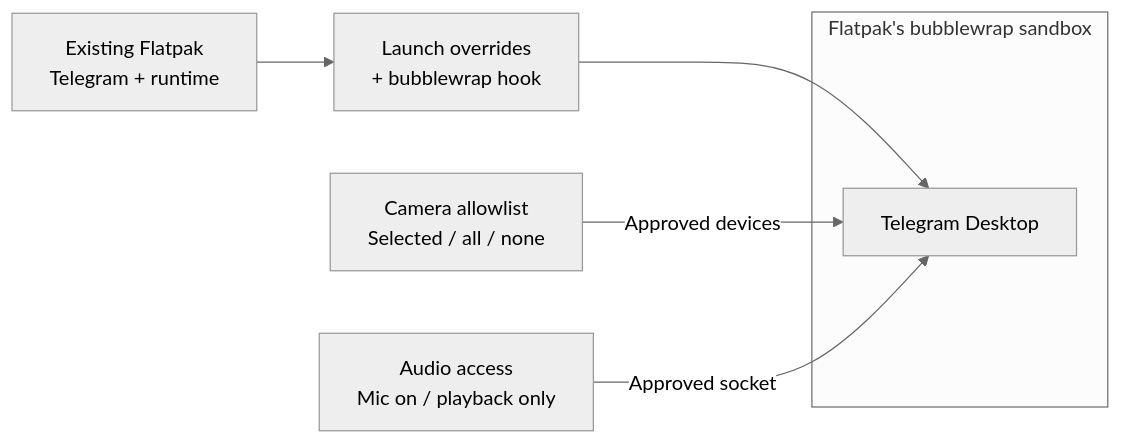
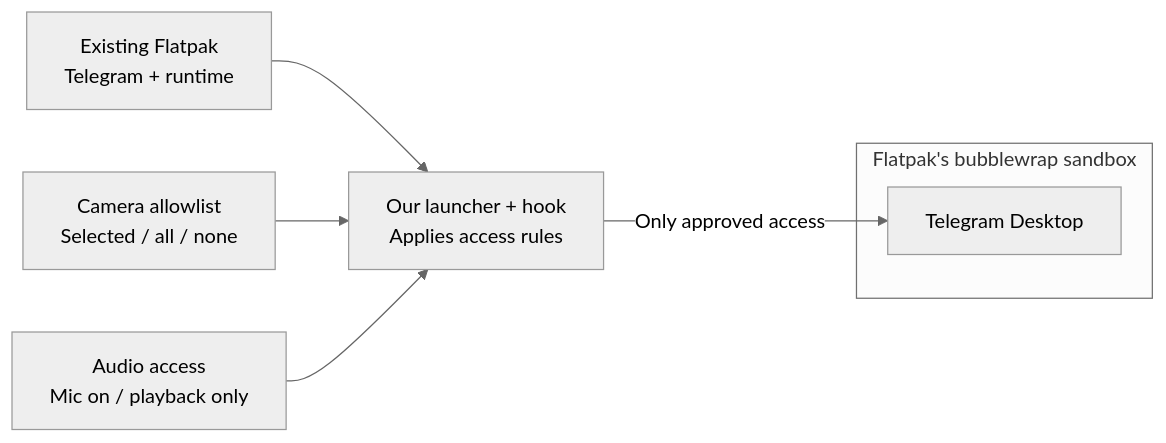
The diagram in README.md (emilfihlman/telegram-flatpak-secure), drawn with Mermaid (neutral theme) before and after one commit.

Commit message:
Route media access through the launcher in the diagram

````diff
--- a/README.md
+++ b/README.md
@@ -7,14 +7,14 @@
 ```mermaid
 flowchart LR
 	installed["Existing Flatpak<br/>Telegram + runtime"]
-	wrapper["Launch overrides<br/>+ bubblewrap hook"]
+	wrapper["Our launcher + hook<br/>Applies access rules"]
 	cameras["Camera allowlist<br/>Selected / all / none"]
 	audio["Audio access<br/>Mic on / playback only"]
 	subgraph sandbox["Flatpak's bubblewrap sandbox"]
 		telegram["Telegram Desktop"]
 	end
 	installed --> wrapper
-	wrapper --> telegram
-	cameras -->|Approved devices| telegram
-	audio -->|Approved socket| telegram
+	cameras --> wrapper
+	audio --> wrapper
+	wrapper -->|Only approved access| telegram
 ```
````
